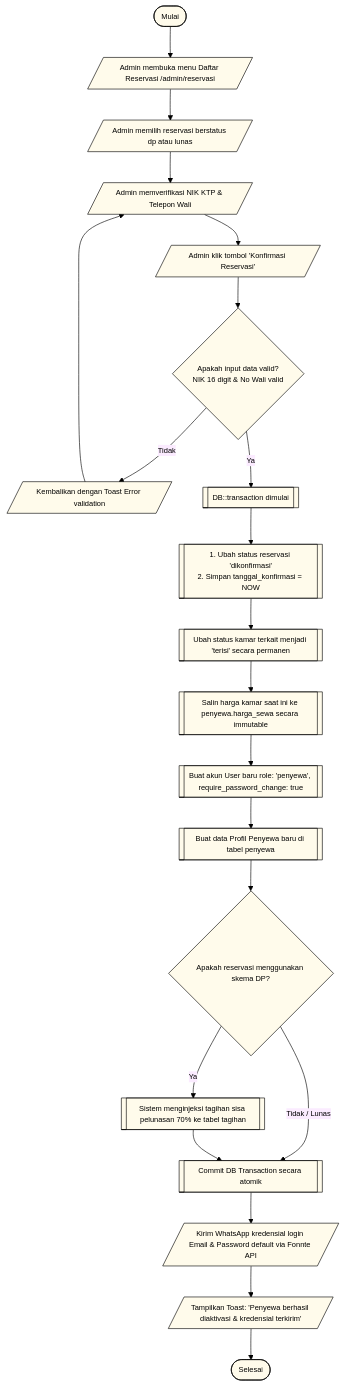
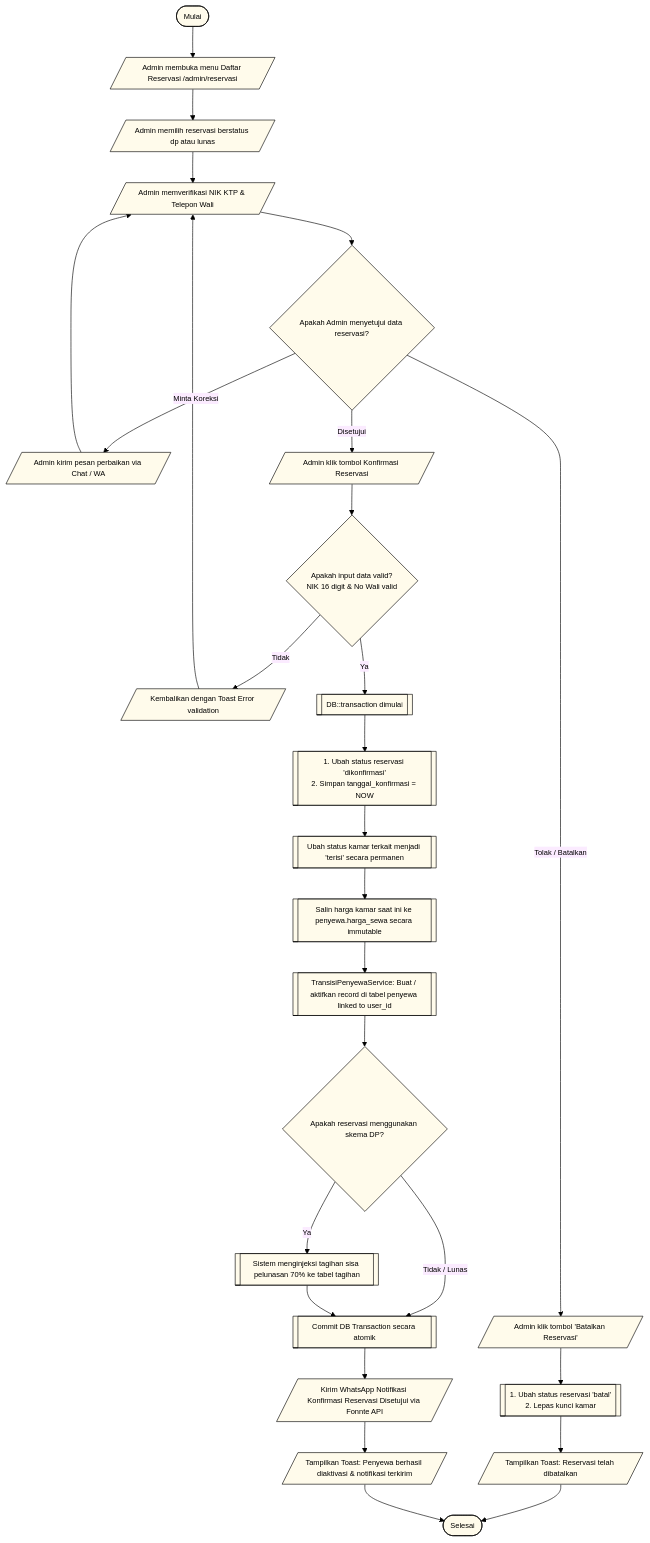
Before and after one commit to rafifarsyapradiva/asri-boarding-house: the seventh of 24 diagrams in Blueprint/Flowchart_Kost.md, drawn with Mermaid. The commit also changed other lines of this file and 40 other files, not shown here.

Commit message:
docs(flowchart): audit ISO 5807, eliminasi dead-end & loop, diagram alur keputusan terpadu, dan update blueprint v238.0

````diff
--- a/Blueprint/Flowchart_Kost.md
+++ b/Blueprint/Flowchart_Kost.md
@@ -635,39 +863,48 @@
 ```mermaid
 %%{init: {
   'theme': 'base',
   'themeVariables': {
     'primaryColor': '#FFFBEB',
     'primaryTextColor': '#000000',
     'primaryBorderColor': '#000000',
     'lineColor': '#000000',
     'fontSize': '12px',
     'fontFamily': 'Inter, system-ui, sans-serif'
   }
 }}%%
 flowchart TD
     Start([Mulai]) --> AdminBukaReservasi[/Admin membuka menu Daftar Reservasi /admin/reservasi/]
     AdminBukaReservasi --> PilihReservasi[/Admin memilih reservasi berstatus dp atau lunas/]
     PilihReservasi --> TinjauBerkas[/Admin memverifikasi NIK KTP & Telepon Wali/]
-    TinjauBerkas --> KlikKonfirmasi[/Admin klik tombol 'Konfirmasi Reservasi'/]
     
+    TinjauBerkas --> KeputusanAdmin{"Apakah Admin menyetujui data reservasi?"}
+    
+    KeputusanAdmin -- "Tolak / Batalkan" --> KlikBatalAdmin[/Admin klik tombol 'Batalkan Reservasi'/]
+    KlikBatalAdmin --> BatalReservasiDB[[1. Ubah status reservasi 'batal'<br>2. Lepas kunci kamar]]
+    BatalReservasiDB --> ToastBatal[/Tampilkan Toast: Reservasi telah dibatalkan/]
+    ToastBatal --> Selesai([Selesai])
+    
+    KeputusanAdmin -- "Minta Koreksi" --> ChatRevisi[/Admin kirim pesan perbaikan via Chat / WA/]
+    ChatRevisi --> TinjauBerkas
+    
+    KeputusanAdmin -- "Disetujui" --> KlikKonfirmasi[/Admin klik tombol Konfirmasi Reservasi/]
     KlikKonfirmasi --> ValidasiInput{"Apakah input data valid?<br>NIK 16 digit & No Wali valid"}
     ValidasiInput -- "Tidak" --> TampilToastError[/Kembalikan dengan Toast Error validation/]
     TampilToastError --> TinjauBerkas
     
     ValidasiInput -- "Ya" --> DBTrans[[DB::transaction dimulai]]
     DBTrans --> UpdateReservasi[[1. Ubah status reservasi 'dikonfirmasi'<br>2. Simpan tanggal_konfirmasi = NOW]]
     UpdateReservasi --> LockKamarTerisi[[Ubah status kamar terkait menjadi 'terisi' secara permanen]]
     LockKamarTerisi --> SalinHargaSewa[[Salin harga kamar saat ini ke penyewa.harga_sewa secara immutable]]
-    SalinHargaSewa --> CreateAccountUser[[Buat akun User baru role: 'penyewa', require_password_change: true]]
-    CreateAccountUser --> CreateProfilPenyewa[[Buat data Profil Penyewa baru di tabel penyewa]]
+    SalinHargaSewa --> CreateProfilPenyewa[[TransisiPenyewaService: Buat / aktifkan record di tabel penyewa linked to user_id]]
     
     CreateProfilPenyewa --> CekSkemaDP{"Apakah reservasi menggunakan skema DP?"}
     CekSkemaDP -- "Ya" --> InjectTagihanSisa[[Sistem menginjeksi tagihan sisa pelunasan 70% ke tabel tagihan]]
     CekSkemaDP -- "Tidak / Lunas" --> CommitTx
     InjectTagihanSisa --> CommitTx
     CommitTx[[Commit DB Transaction secara atomik]]
     
-    CommitTx --> DispatchFonnteWA[/Kirim WhatsApp kredensial login Email & Password default via Fonnte API/]
-    DispatchFonnteWA --> ToastSuccess[/Tampilkan Toast: 'Penyewa berhasil diaktivasi & kredensial terkirim'/]
-    ToastSuccess --> Selesai([Selesai])
+    CommitTx --> DispatchFonnteWA[/Kirim WhatsApp Notifikasi Konfirmasi Reservasi Disetujui via Fonnte API/]
+    DispatchFonnteWA --> ToastSuccess[/Tampilkan Toast: Penyewa berhasil diaktivasi & notifikasi terkirim/]
+    ToastSuccess --> Selesai
 ```
````
